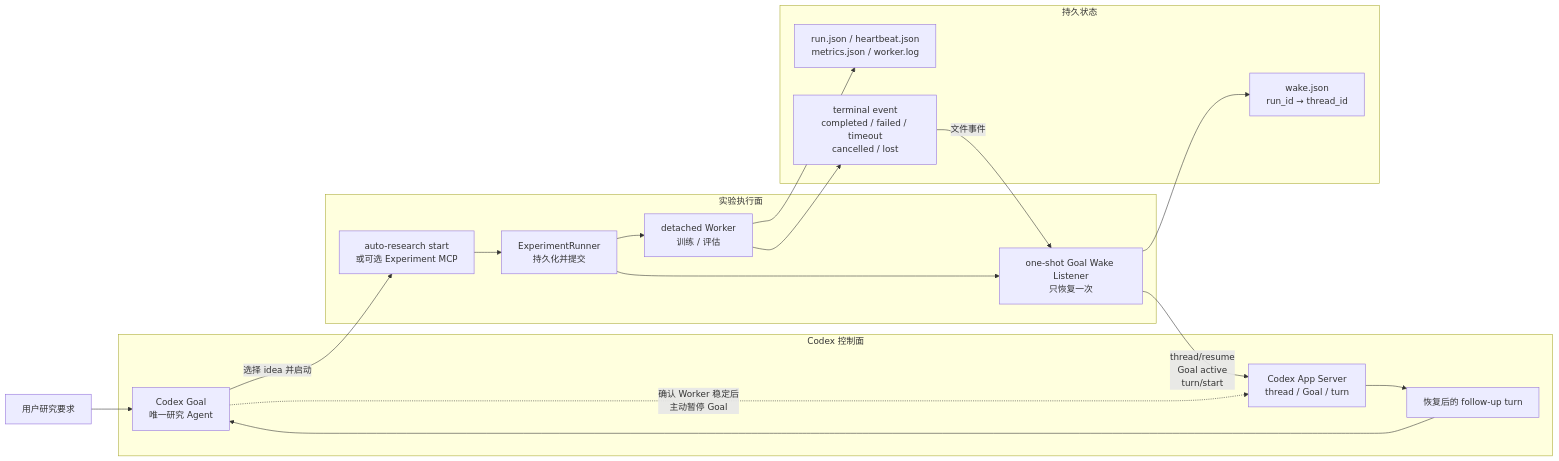
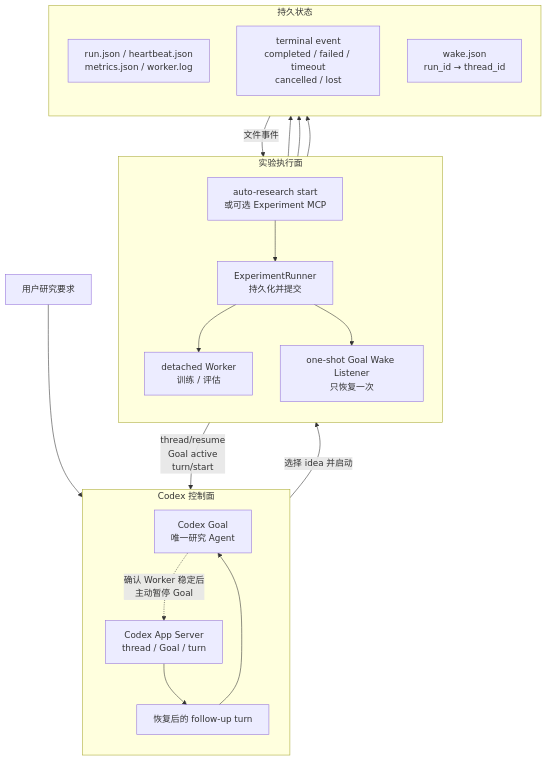
One commit to dollarser/codex-auto-research changed the first of 4 diagrams in docs/CODEX_AUTO_RESEARCH_AGENT_DESIGN.md. Above: the diagram before and after it, drawn with Mermaid. The commit also changed 1 other file, not shown here.

Commit message:
docs: make current architecture diagrams vertical

````diff
--- a/docs/CODEX_AUTO_RESEARCH_AGENT_DESIGN.md
+++ b/docs/CODEX_AUTO_RESEARCH_AGENT_DESIGN.md
@@ -17,35 +17,38 @@
 ```mermaid
-flowchart LR
+flowchart TD
     U["用户研究要求"] --> G["Codex Goal<br/>唯一研究 Agent"]
 
     subgraph C["Codex 控制面"]
+        direction TB
         G
         AS["Codex App Server<br/>thread / Goal / turn"]
         FT["恢复后的 follow-up turn"]
         AS --> FT --> G
     end
 
     subgraph E["实验执行面"]
+        direction TB
         API["auto-research start<br/>或可选 Experiment MCP"]
         R["ExperimentRunner<br/>持久化并提交"]
         W["detached Worker<br/>训练 / 评估"]
         L["one-shot Goal Wake Listener<br/>只恢复一次"]
         API --> R
         R --> W
         R --> L
     end
 
     subgraph P["持久状态"]
+        direction TB
         RUN["run.json / heartbeat.json<br/>metrics.json / worker.log"]
         EVENT["terminal event<br/>completed / failed / timeout<br/>cancelled / lost"]
         WAKE["wake.json<br/>run_id → thread_id"]
     end
 
     G -->|"选择 idea 并启动"| API
     G -.->|"确认 Worker 稳定后<br/>主动暂停 Goal"| AS
     W --> RUN
     W --> EVENT
     L --> WAKE
     EVENT -->|"文件事件"| L
     L -->|"thread/resume<br/>Goal active<br/>turn/start"| AS
 ```
````
